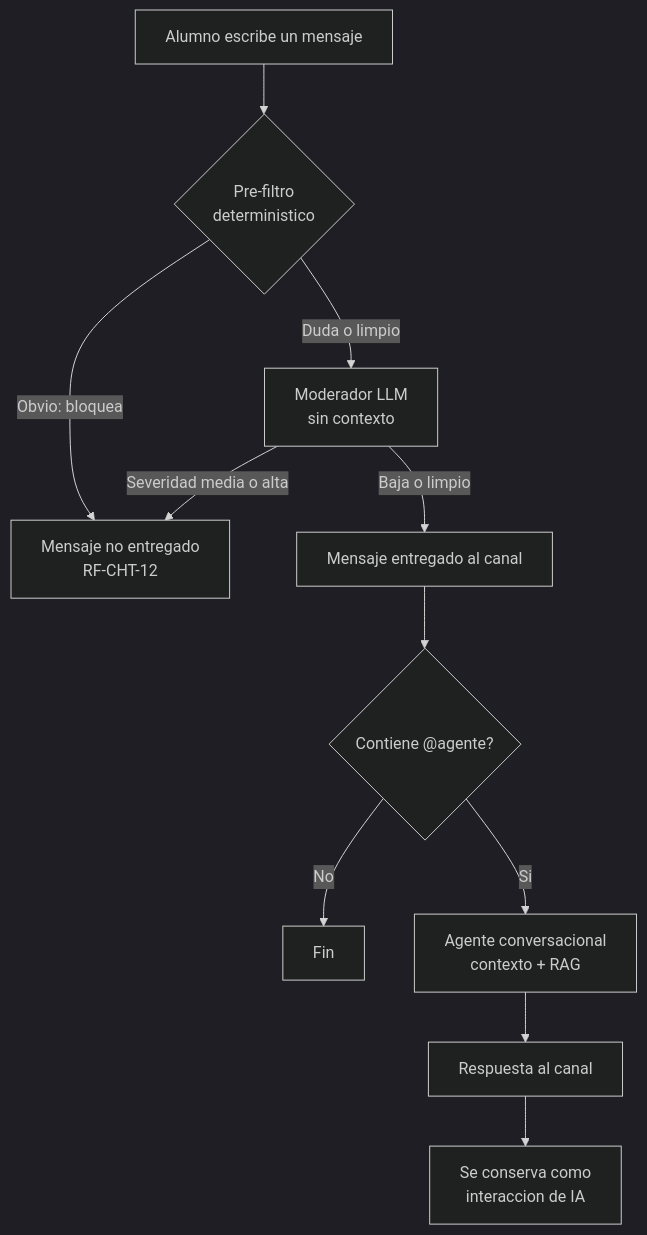
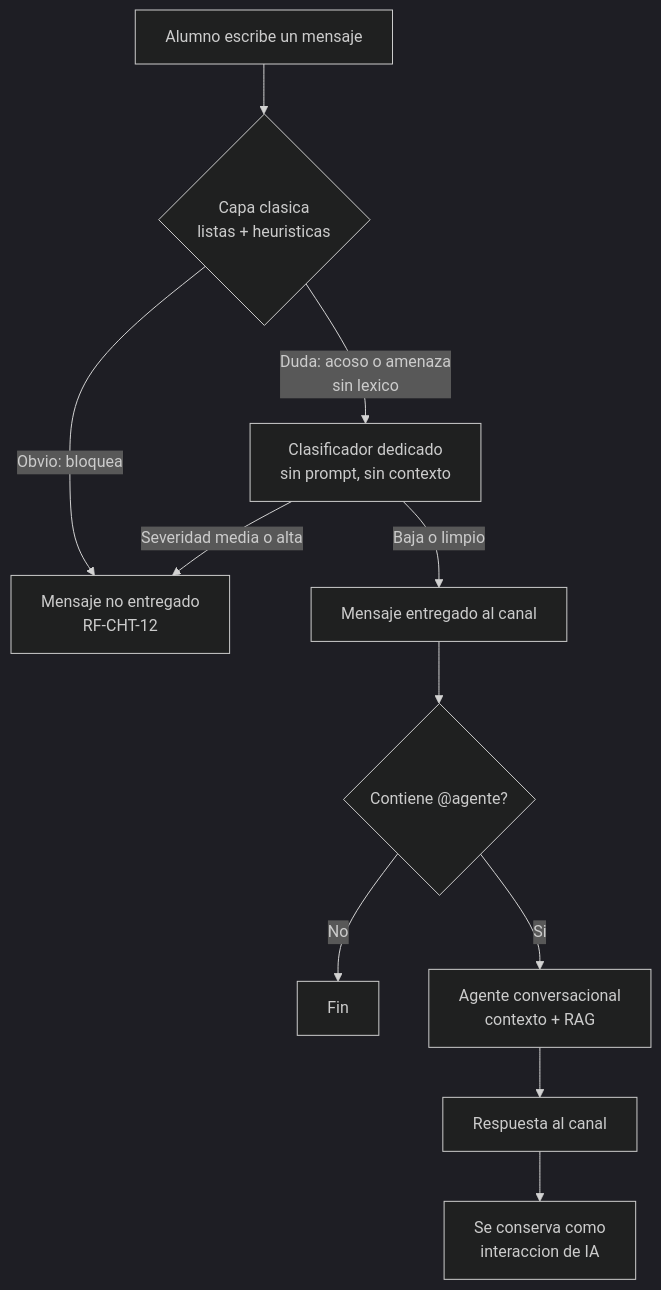
One commit to facundosoria/Doc-Tpi-Programacion changed the eighth of 8 diagrams in docs/04-funciones-de-ia.md. Above: the diagram before and after it, drawn with Mermaid (dark theme). The commit also changed other lines of this file and 12 other files, not shown here.

````diff
--- a/docs/04-funciones-de-ia.md
+++ b/docs/04-funciones-de-ia.md
@@ -1141,13 +1141,13 @@
 ```mermaid
 flowchart TD
-    A["Alumno escribe un mensaje"] --> B{"Pre-filtro<br/>deterministico"}
+    A["Alumno escribe un mensaje"] --> B{"Capa clasica<br/>listas + heuristicas"}
     B -->|"Obvio: bloquea"| X["Mensaje no entregado<br/>RF-CHT-12"]
-    B -->|"Duda o limpio"| C["Moderador LLM<br/>sin contexto"]
+    B -->|"Duda: acoso o amenaza<br/>sin lexico"| C["Clasificador dedicado<br/>sin prompt, sin contexto"]
     C -->|"Severidad media o alta"| X
     C -->|"Baja o limpio"| D["Mensaje entregado al canal"]
     D --> E{"Contiene @agente?"}
     E -->|"No"| F["Fin"]
     E -->|"Si"| G["Agente conversacional<br/>contexto + RAG"]
     G --> H["Respuesta al canal"]
     H --> I["Se conserva como<br/>interaccion de IA"]
 ```
````
